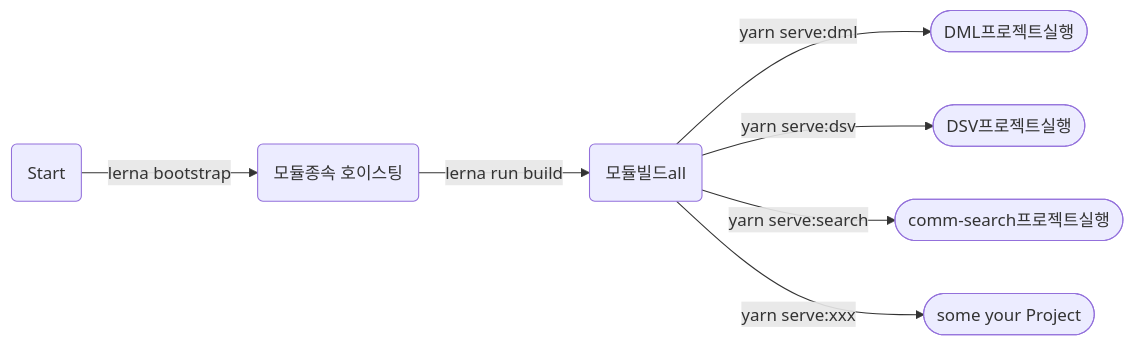
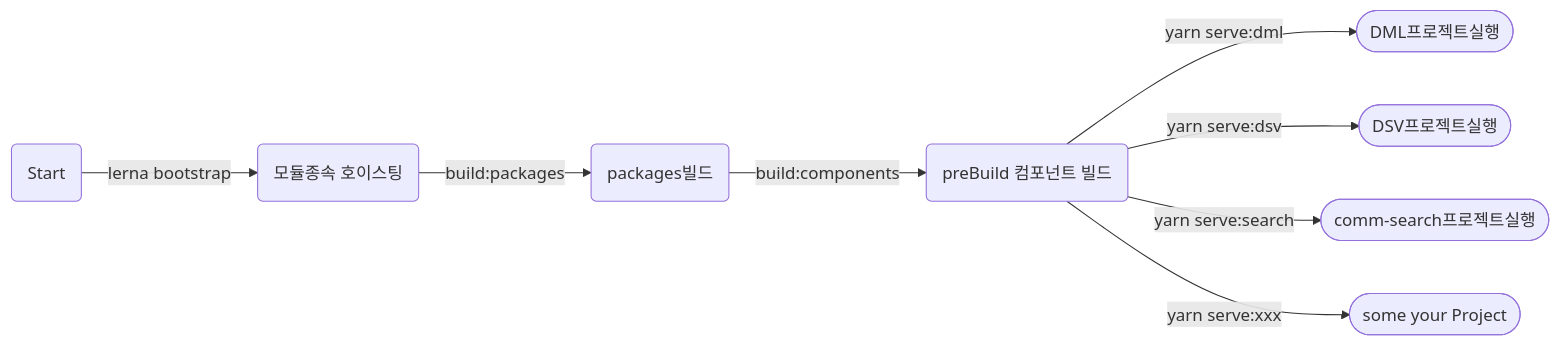
One commit to Shin-Beomchul/mono changed the first of 2 diagrams in README.md. Above: the diagram before and after it, drawn with Mermaid. The commit also changed 2 other files, not shown here.

````diff
--- a/README.md
+++ b/README.md
@@ -27,8 +27,8 @@
 ```mermaid
 graph LR
-A(Start) --lerna bootstrap --> B(모듈종속 호이스팅) --lerna run build--> C(모듈빌드all)
-C--yarn serve:dml -->D([DML프로젝트실행])
-C--yarn serve:dsv-->E([DSV프로젝트실행])
-C--yarn serve:search -->F([comm-search프로젝트실행])
-C--yarn serve:xxx -->G([some your Project])
+A(Start) --lerna bootstrap --> B(모듈종속 호이스팅) --build:packages--> C(packages빌드)--build:components--> CC(preBuild 컴포넌트 빌드)
+CC--yarn serve:dml -->D([DML프로젝트실행])
+CC--yarn serve:dsv-->E([DSV프로젝트실행])
+CC--yarn serve:search -->F([comm-search프로젝트실행])
+CC--yarn serve:xxx -->G([some your Project])
 ```
````
